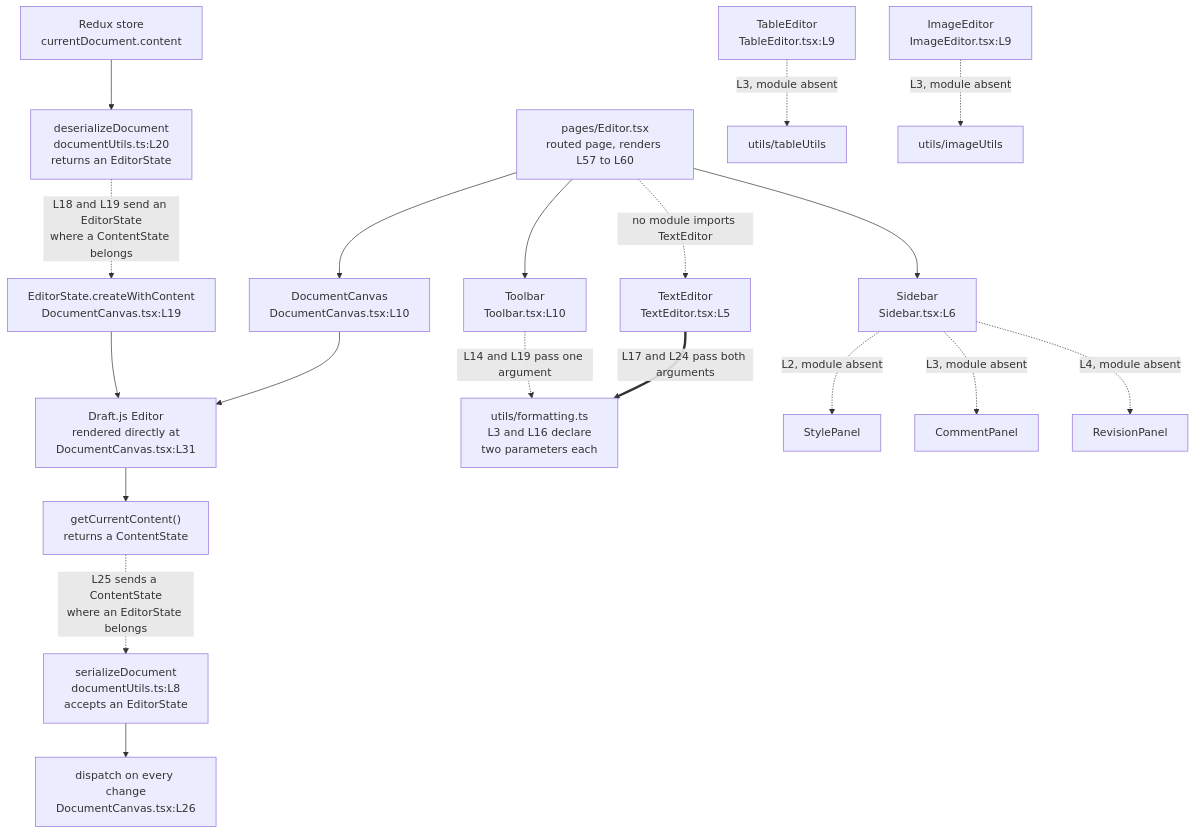
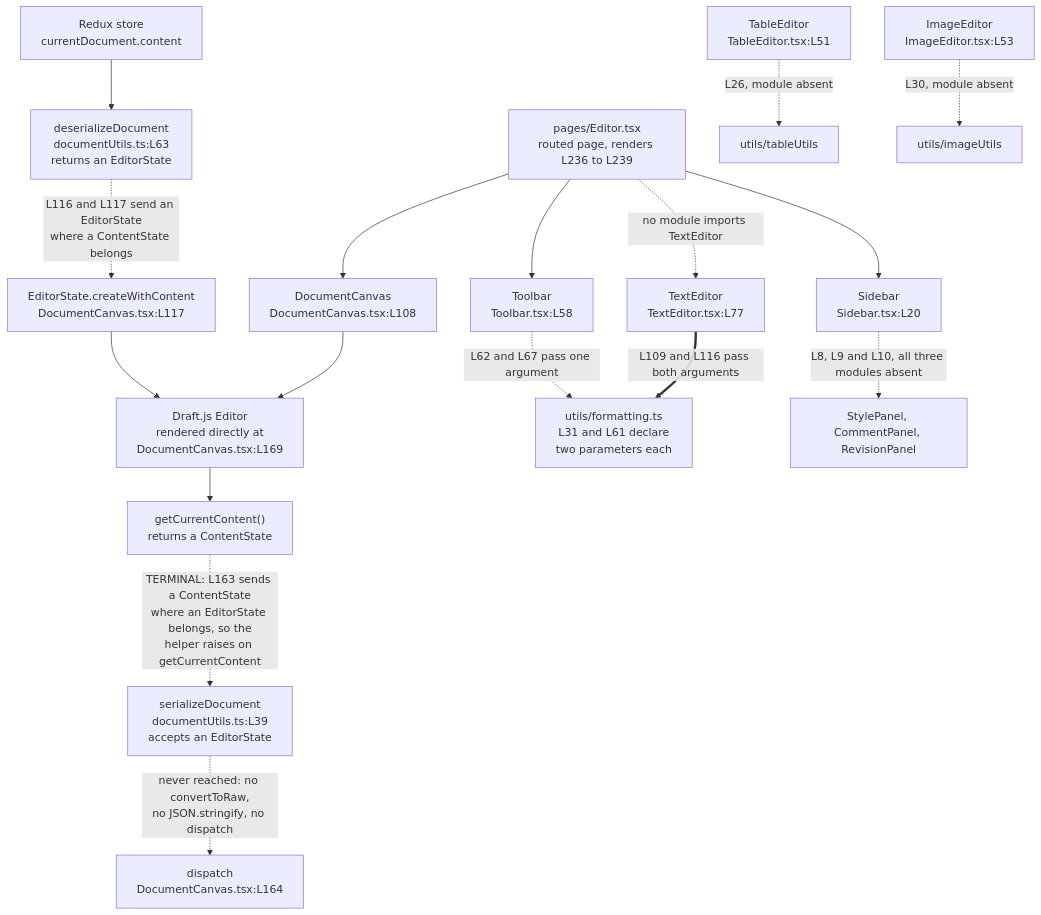
One commit to blitzy-public-samples/microsoft-word-u33ko0 changed the diagram in frontend/src/components/README.md. Above: the diagram before and after it, drawn with Mermaid. The commit also changed other lines of this file and 53 other files, not shown here.

````diff
--- a/frontend/src/components/README.md
+++ b/frontend/src/components/README.md
@@ -169,31 +155,29 @@
 ```mermaid
 graph TD
-    PAGE["pages/Editor.tsx<br/>routed page, renders L57 to L60"]
-    PAGE --> TB["Toolbar<br/>Toolbar.tsx:L10"]
-    PAGE --> DC["DocumentCanvas<br/>DocumentCanvas.tsx:L10"]
-    PAGE --> SB["Sidebar<br/>Sidebar.tsx:L6"]
-    DC --> ED["Draft.js Editor<br/>rendered directly at<br/>DocumentCanvas.tsx:L31"]
+    PAGE["pages/Editor.tsx<br/>routed page, renders L236 to L239"]
+    PAGE --> TB["Toolbar<br/>Toolbar.tsx:L58"]
+    PAGE --> DC["DocumentCanvas<br/>DocumentCanvas.tsx:L108"]
+    PAGE --> SB["Sidebar<br/>Sidebar.tsx:L20"]
+    DC --> ED["Draft.js Editor<br/>rendered directly at<br/>DocumentCanvas.tsx:L169"]
 
-    STORE["Redux store<br/>currentDocument.content"] --> DES["deserializeDocument<br/>documentUtils.ts:L20<br/>returns an EditorState"]
-    DES -.->|"L18 and L19 send an EditorState<br/>where a ContentState belongs"| CWC["EditorState.createWithContent<br/>DocumentCanvas.tsx:L19"]
+    STORE["Redux store<br/>currentDocument.content"] --> DES["deserializeDocument<br/>documentUtils.ts:L63<br/>returns an EditorState"]
+    DES -.->|"L116 and L117 send an EditorState<br/>where a ContentState belongs"| CWC["EditorState.createWithContent<br/>DocumentCanvas.tsx:L117"]
     CWC --> ED
     ED --> GCC["getCurrentContent()<br/>returns a ContentState"]
-    GCC -.->|"L25 sends a ContentState<br/>where an EditorState belongs"| SER["serializeDocument<br/>documentUtils.ts:L8<br/>accepts an EditorState"]
-    SER --> DIS["dispatch on every change<br/>DocumentCanvas.tsx:L26"]
+    GCC -.->|"TERMINAL: L163 sends a ContentState<br/>where an EditorState belongs, so the<br/>helper raises on getCurrentContent"| SER["serializeDocument<br/>documentUtils.ts:L39<br/>accepts an EditorState"]
+    SER -.->|"never reached: no convertToRaw,<br/>no JSON.stringify, no dispatch"| DIS["dispatch<br/>DocumentCanvas.tsx:L164"]
 
-    FMT["utils/formatting.ts<br/>L3 and L16 declare<br/>two parameters each"]
-    TE["TextEditor<br/>TextEditor.tsx:L5"]
-    TE ==>|"L17 and L24 pass both arguments"| FMT
-    TB -.->|"L14 and L19 pass one argument"| FMT
+    FMT["utils/formatting.ts<br/>L31 and L61 declare<br/>two parameters each"]
+    TE["TextEditor<br/>TextEditor.tsx:L77"]
+    TE ==>|"L109 and L116 pass both arguments"| FMT
+    TB -.->|"L62 and L67 pass one argument"| FMT
     PAGE -.->|"no module imports TextEditor"| TE
 
-    SB -.->|"L2, module absent"| SP["StylePanel"]
-    SB -.->|"L3, module absent"| CP["CommentPanel"]
-    SB -.->|"L4, module absent"| RP["RevisionPanel"]
+    SB -.->|"L8, L9 and L10, all three modules absent"| SP["StylePanel, CommentPanel, RevisionPanel"]
 
-    TBE["TableEditor<br/>TableEditor.tsx:L9"] -.->|"L3, module absent"| TU["utils/tableUtils"]
-    IME["ImageEditor<br/>ImageEditor.tsx:L9"] -.->|"L3, module absent"| IU["utils/imageUtils"]
+    TBE["TableEditor<br/>TableEditor.tsx:L51"] -.->|"L26, module absent"| TU["utils/tableUtils"]
+    IME["ImageEditor<br/>ImageEditor.tsx:L53"] -.->|"L30, module absent"| IU["utils/imageUtils"]
 
 %% Dashed edges mark a relationship that cannot resolve or a type that does not match.
 %% The thick edge marks the one helper call supplying both declared arguments.
 ```
````
